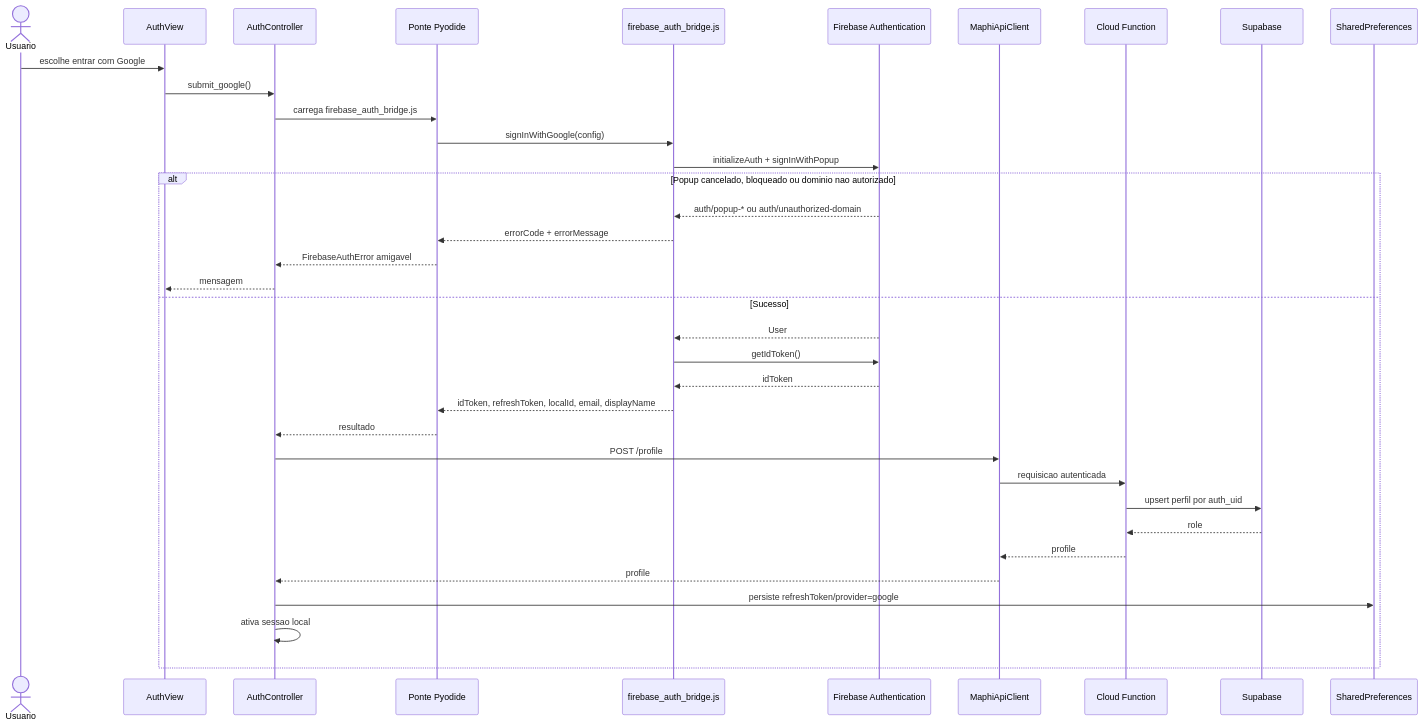
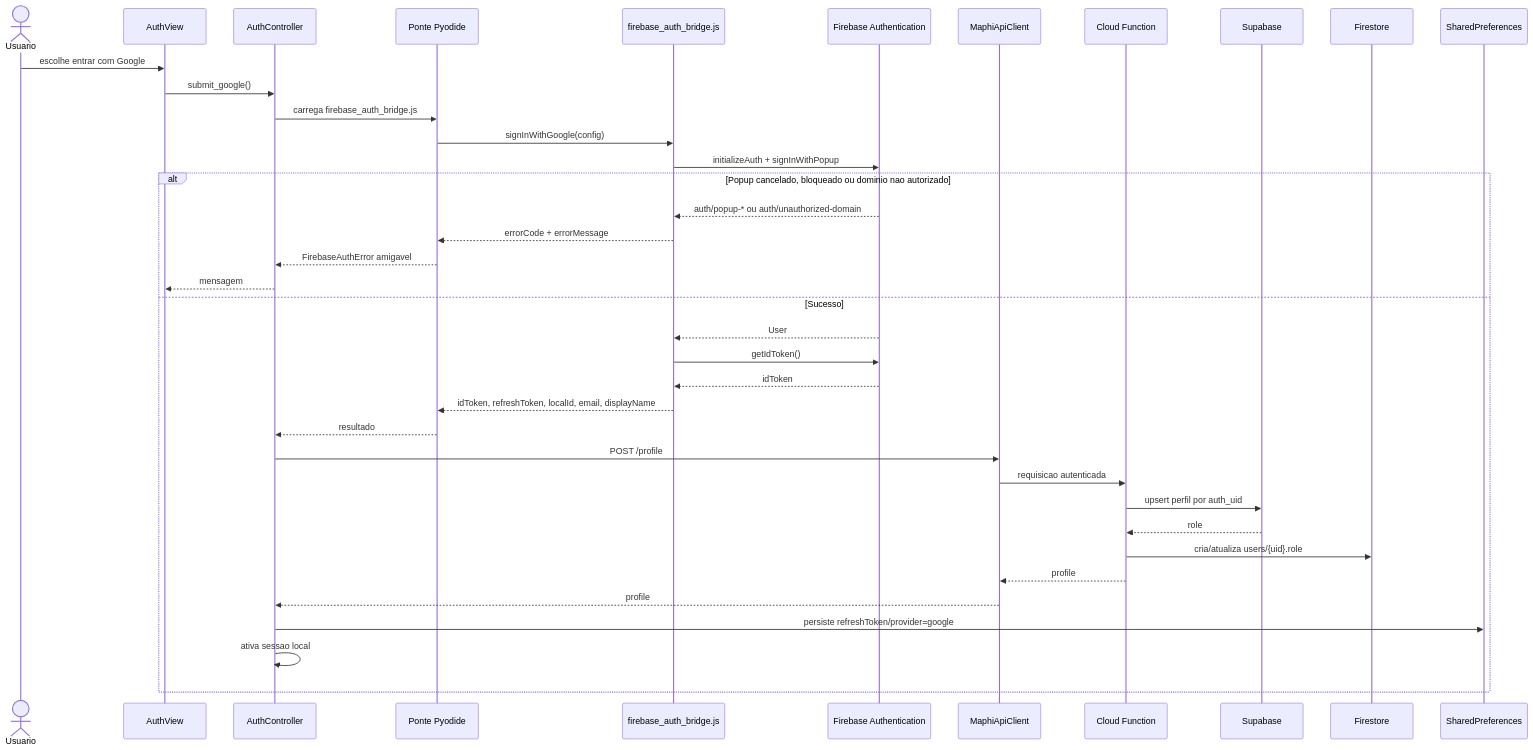
The third of 18 diagrams in context/diagramas_de_sequencia.md (Philipi2003/maphi_vendas_mvp), drawn with Mermaid before and after one commit. The commit also changed other lines of this file and 2 other files, not shown here.

````diff
--- a/context/diagramas_de_sequencia.md
+++ b/context/diagramas_de_sequencia.md
@@ -141,39 +141,41 @@
 ```mermaid
 sequenceDiagram
     actor Usuario
     participant View as AuthView
     participant Auth as AuthController
     participant Pyodide as Ponte Pyodide
     participant JS as firebase_auth_bridge.js
     participant Firebase as Firebase Authentication
     participant API as MaphiApiClient
     participant Cloud as Cloud Function
     participant DB as Supabase
+    participant Firestore
     participant Pref as SharedPreferences
 
     Usuario->>View: escolhe entrar com Google
     View->>Auth: submit_google()
     Auth->>Pyodide: carrega firebase_auth_bridge.js
     Pyodide->>JS: signInWithGoogle(config)
     JS->>Firebase: initializeAuth + signInWithPopup
     alt Popup cancelado, bloqueado ou dominio nao autorizado
         Firebase-->>JS: auth/popup-* ou auth/unauthorized-domain
         JS-->>Pyodide: errorCode + errorMessage
         Pyodide-->>Auth: FirebaseAuthError amigavel
         Auth-->>View: mensagem
     else Sucesso
         Firebase-->>JS: User
         JS->>Firebase: getIdToken()
         Firebase-->>JS: idToken
         JS-->>Pyodide: idToken, refreshToken, localId, email, displayName
         Pyodide-->>Auth: resultado
         Auth->>API: POST /profile
         API->>Cloud: requisicao autenticada
         Cloud->>DB: upsert perfil por auth_uid
         DB-->>Cloud: role
+        Cloud->>Firestore: cria/atualiza users/{uid}.role
         Cloud-->>API: profile
         API-->>Auth: profile
         Auth->>Pref: persiste refreshToken/provider=google
         Auth->>Auth: ativa sessao local
     end
 ```
````
